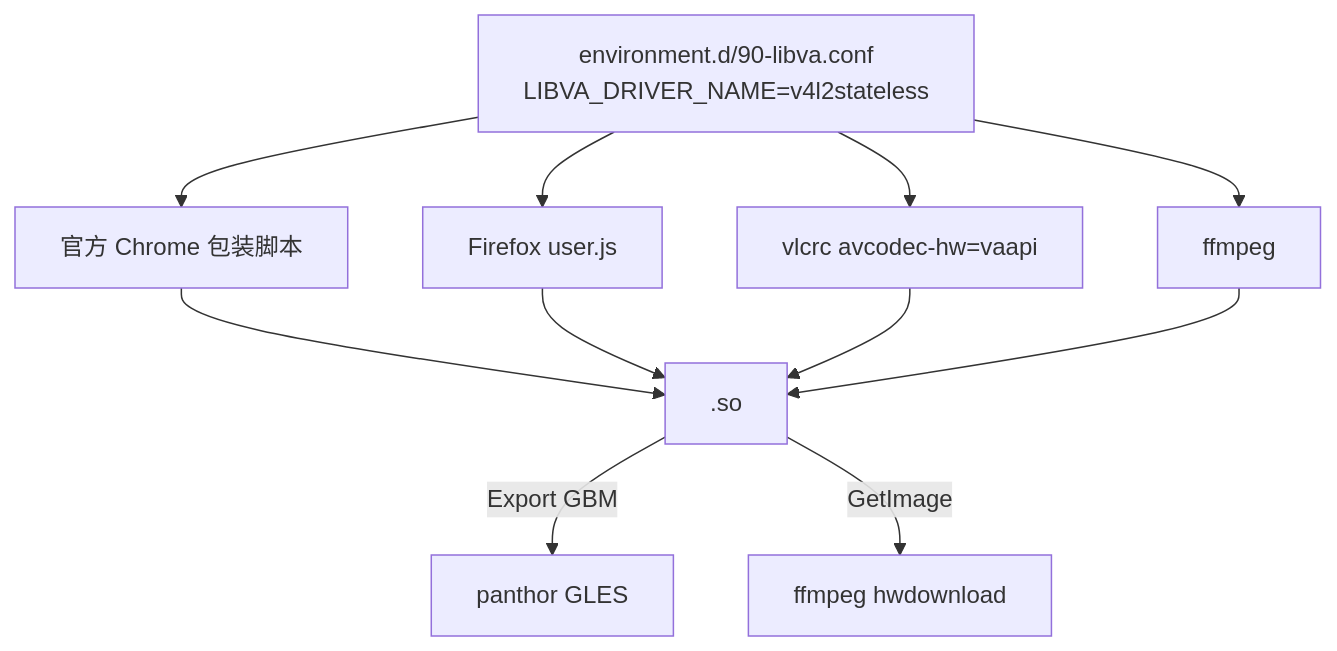
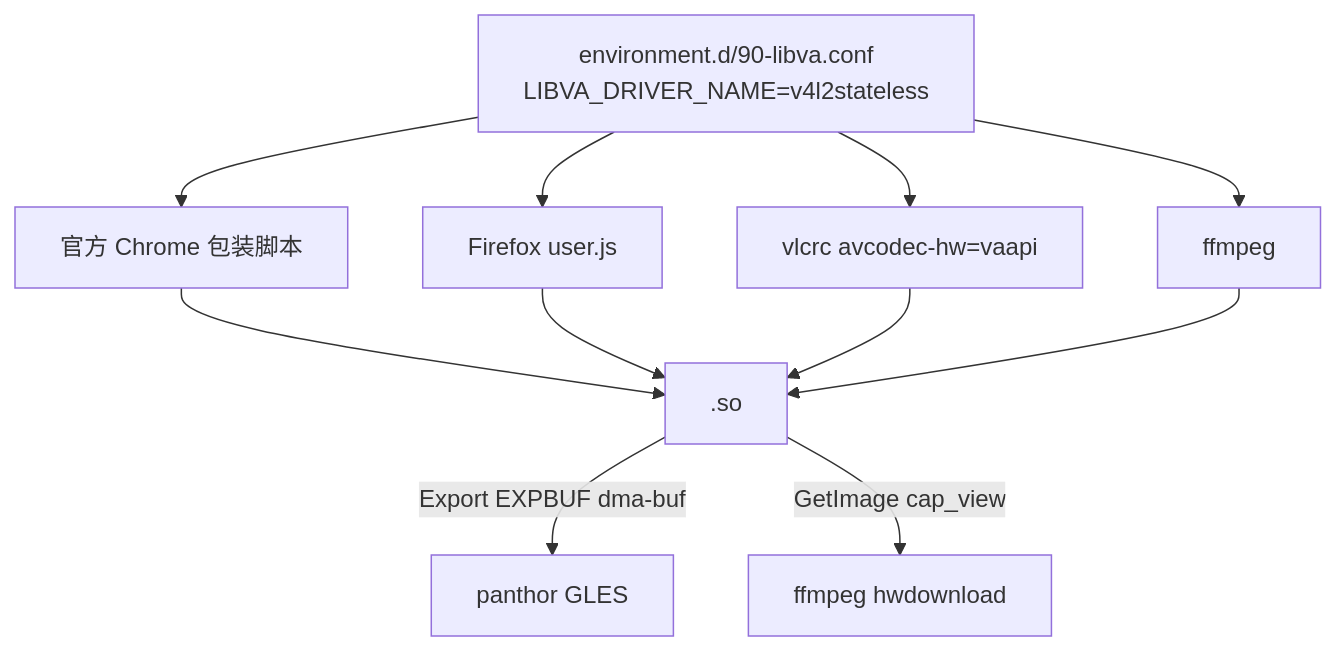
One commit to pty819/vaapi-v4l2-bridge changed the diagram in docs/handbook/desktop.md. Above: the diagram before and after it, drawn with Mermaid. The commit also changed other lines of this file and 26 other files, not shown here.

````diff
--- a/docs/handbook/desktop.md
+++ b/docs/handbook/desktop.md
@@ -5,14 +5,14 @@
 ```{mermaid}
 flowchart TB
   ENV["environment.d/90-libva.conf<br/>LIBVA_DRIVER_NAME=v4l2stateless"]
   ENV --> CH[官方 Chrome 包装脚本]
   ENV --> FX[Firefox user.js]
   ENV --> VLC[vlcrc avcodec-hw=vaapi]
   ENV --> FF[ffmpeg]
   CH --> SO[.so]
   FX --> SO
   VLC --> SO
   FF --> SO
-  SO -->|Export GBM| GPU[panthor GLES]
-  SO -->|GetImage| CPU[ffmpeg hwdownload]
+  SO -->|Export EXPBUF dma-buf| GPU[panthor GLES]
+  SO -->|GetImage cap_view| CPU[ffmpeg hwdownload]
 ```
````
